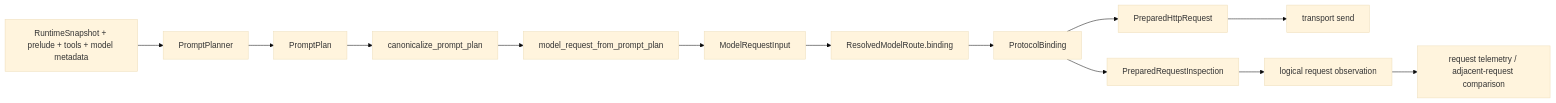
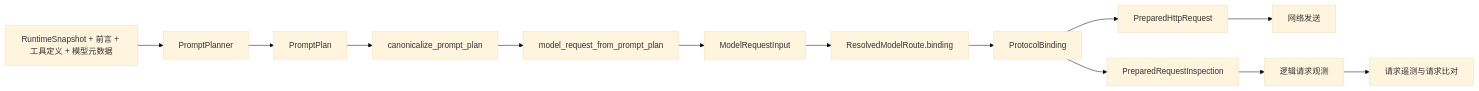
One commit to letr007/letcode changed the diagram in docs/components/request-building.md. Above: the diagram before and after it, drawn with Mermaid (base theme). The commit also changed other lines of this file and 20 other files, not shown here.

````diff
--- a/docs/components/request-building.md
+++ b/docs/components/request-building.md
@@ -7,16 +7,16 @@
 ```mermaid
 flowchart LR
-    A[RuntimeSnapshot + prelude + tools + model metadata]
+    A[RuntimeSnapshot + 前言 + 工具定义 + 模型元数据]
       --> B[PromptPlanner]
     B --> C[PromptPlan]
     C --> D[canonicalize_prompt_plan]
     D --> E[model_request_from_prompt_plan]
     E --> F[ModelRequestInput]
     F --> G[ResolvedModelRoute.binding]
     G --> H[ProtocolBinding]
     H --> I[PreparedHttpRequest]
-    I --> J[transport send]
+    I --> J[网络发送]
     H --> K[PreparedRequestInspection]
-    K --> L[logical request observation]
-    L --> M[request telemetry / adjacent-request comparison]
+    K --> L[逻辑请求观测]
+    L --> M[请求遥测与请求比对]
 ```
````
